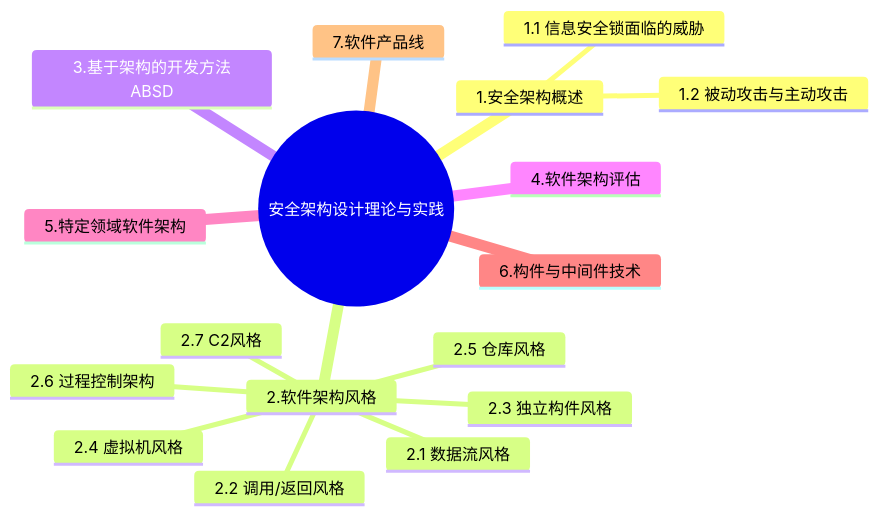
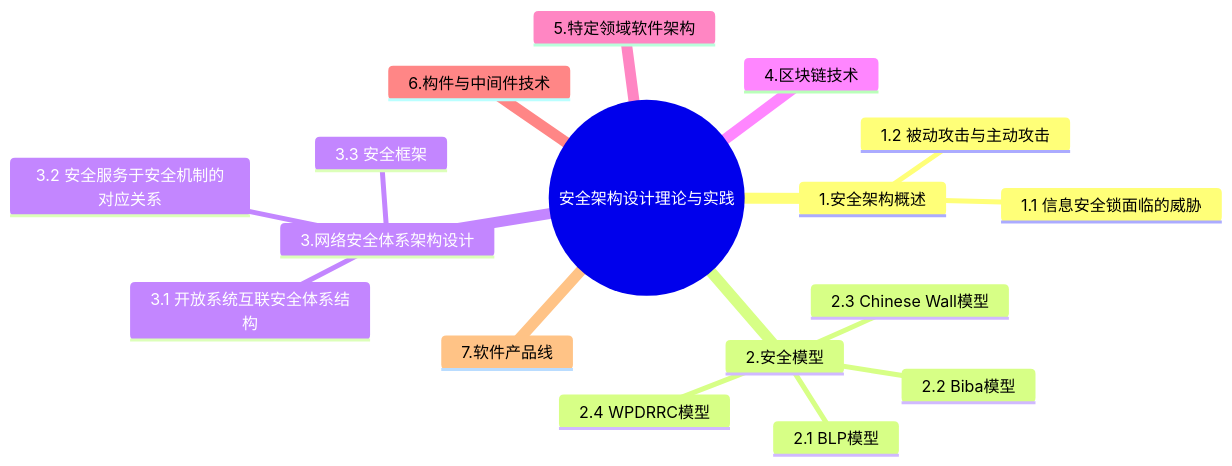
Before and after one commit to AaronYang0628/docs: the diagram in content/RuanKao/notes/Security_Architecture_Design.md, drawn with Mermaid. The commit also changed other lines of this file and 7 other files, not shown here.

````diff
--- a/content/RuanKao/notes/Security_Architecture_Design.md
+++ b/content/RuanKao/notes/Security_Architecture_Design.md
@@ -7,20 +7,20 @@
 ```mermaid
 mindmap
   root((安全架构设计理论与实践))
     1.安全架构概述
         1.1 信息安全锁面临的威胁
         1.2 被动攻击与主动攻击
-    2.软件架构风格
-        2.1 数据流风格
-        2.2 调用/返回风格
-        2.3 独立构件风格
-        2.4 虚拟机风格
-        2.5 仓库风格
-        2.6 过程控制架构
-        2.7 C2风格
-    3.基于架构的开发方法ABSD
-    4.软件架构评估
+    2.安全模型
+        2.1 BLP模型
+        2.2 Biba模型
+        2.3 Chinese Wall模型
+        2.4 WPDRRC模型
+    3.网络安全体系架构设计
+        3.1 开放系统互联安全体系结构
+        3.2 安全服务于安全机制的对应关系
+        3.3 安全框架
+    4.区块链技术
     5.特定领域软件架构
     6.构件与中间件技术
     7.软件产品线
 ```
````
